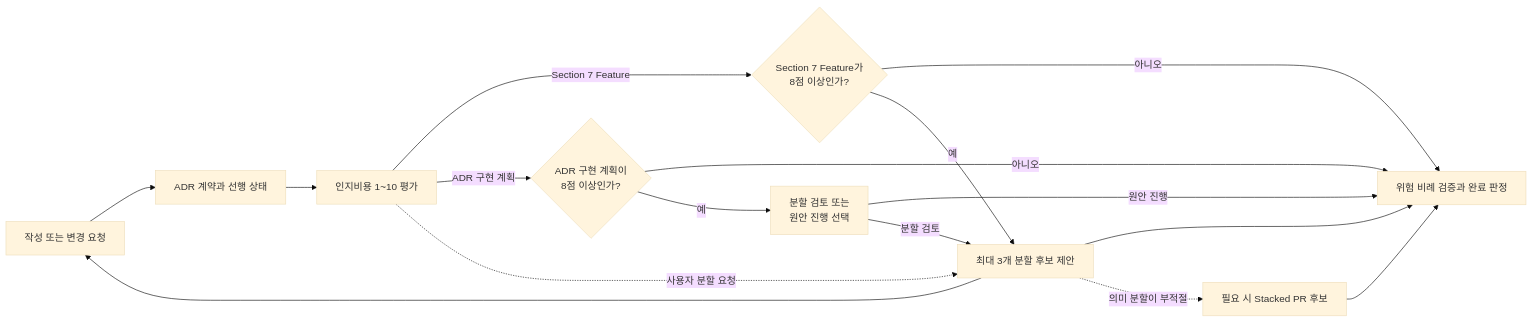
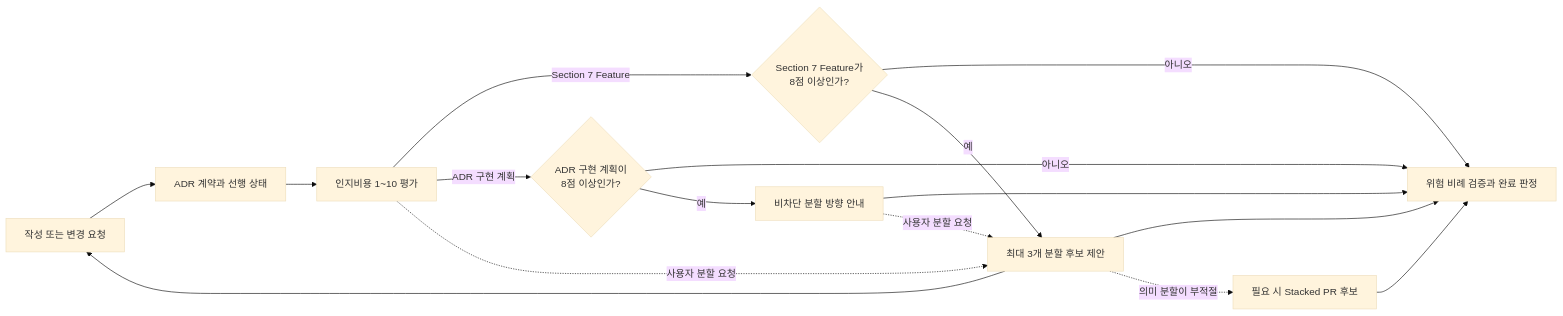
One commit to haandol/alps-writer-plugins changed the diagram in docs/adr/delivery/development-flow/0001-safe-proportional-development-gates.md. Above: the diagram before and after it, drawn with Mermaid (base theme). The commit also changed other lines of this file and 101 other files, not shown here.

````diff
--- a/docs/adr/delivery/development-flow/0001-safe-proportional-development-gates.md
+++ b/docs/adr/delivery/development-flow/0001-safe-proportional-development-gates.md
@@ -49,26 +49,26 @@
 ```mermaid
 flowchart LR
     Input[작성 또는 변경 요청]
     Safety[ADR 계약과 선행 상태]
     Assess[인지비용 1~10 평가]
     FeatureHigh{Section 7 Feature가<br/>8점 이상인가?}
     AdrHigh{ADR 구현 계획이<br/>8점 이상인가?}
-    AskSplit[분할 검토 또는<br/>원안 진행 선택]
+    AskSplit[비차단 분할 방향 안내]
     Suggest[최대 3개 분할 후보 제안]
     Stack[필요 시 Stacked PR 후보]
     Verify[위험 비례 검증과 완료 판정]
 
     Input --> Safety --> Assess
     Assess -->|Section 7 Feature| FeatureHigh
     Assess -->|ADR 구현 계획| AdrHigh
     FeatureHigh -->|아니오| Verify
     FeatureHigh -->|예| Suggest --> Verify
     AdrHigh -->|아니오| Verify
     AdrHigh -->|예| AskSplit
-    AskSplit -->|원안 진행| Verify
-    AskSplit -->|분할 검토| Suggest
+    AskSplit --> Verify
+    AskSplit -. 사용자 분할 요청 .-> Suggest
     Assess -. 사용자 분할 요청 .-> Suggest
     Suggest -. 의미 분할이 부적절 .-> Stack
     Suggest --> Input
     Stack --> Verify
 ```
````
